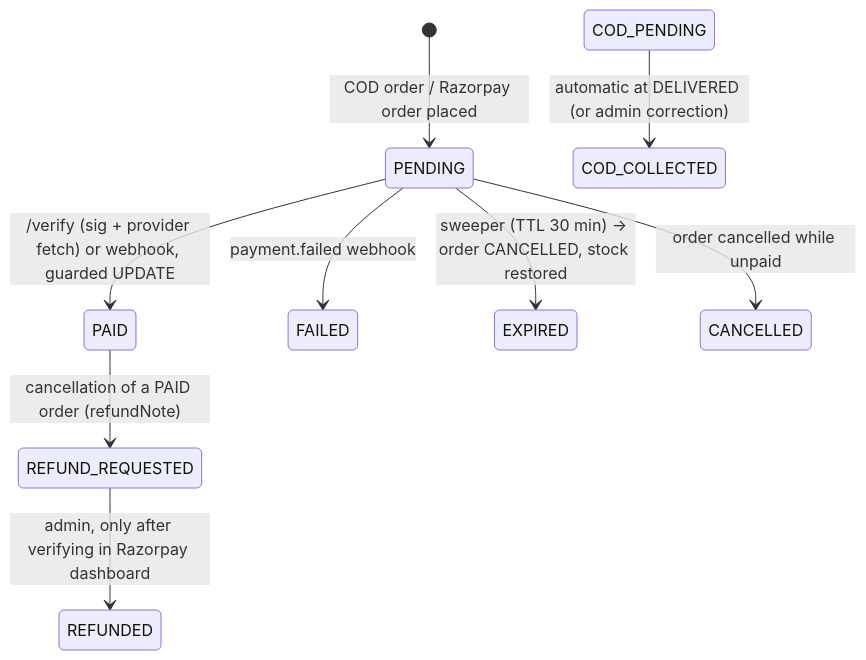
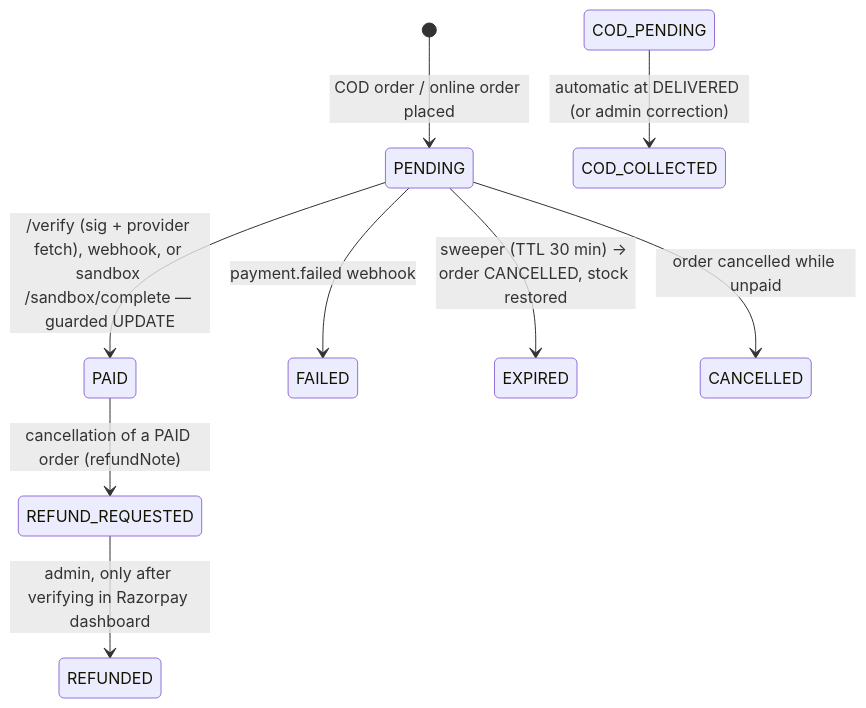
The third of 4 diagrams in docs/ARCHITECTURE.md (Nishant21092004/cloud_project), drawn with Mermaid before and after one commit. The commit also changed other lines of this file and 221 other files, not shown here.

````diff
--- a/docs/ARCHITECTURE.md
+++ b/docs/ARCHITECTURE.md
@@ -84,11 +84,11 @@
 ```mermaid
 stateDiagram-v2
-    [*] --> PENDING : COD order / Razorpay order placed
-    PENDING --> PAID : /verify (sig + provider fetch) or webhook, guarded UPDATE
+    [*] --> PENDING : COD order / online order placed
+    PENDING --> PAID : /verify (sig + provider fetch), webhook, or sandbox /sandbox/complete — guarded UPDATE
     PENDING --> FAILED : payment.failed webhook
     PENDING --> EXPIRED : sweeper (TTL 30 min) → order CANCELLED, stock restored
     PENDING --> CANCELLED : order cancelled while unpaid
     PAID --> REFUND_REQUESTED : cancellation of a PAID order (refundNote)
     REFUND_REQUESTED --> REFUNDED : admin, only after verifying in Razorpay dashboard
     COD_PENDING --> COD_COLLECTED : automatic at DELIVERED (or admin correction)
 ```
````
